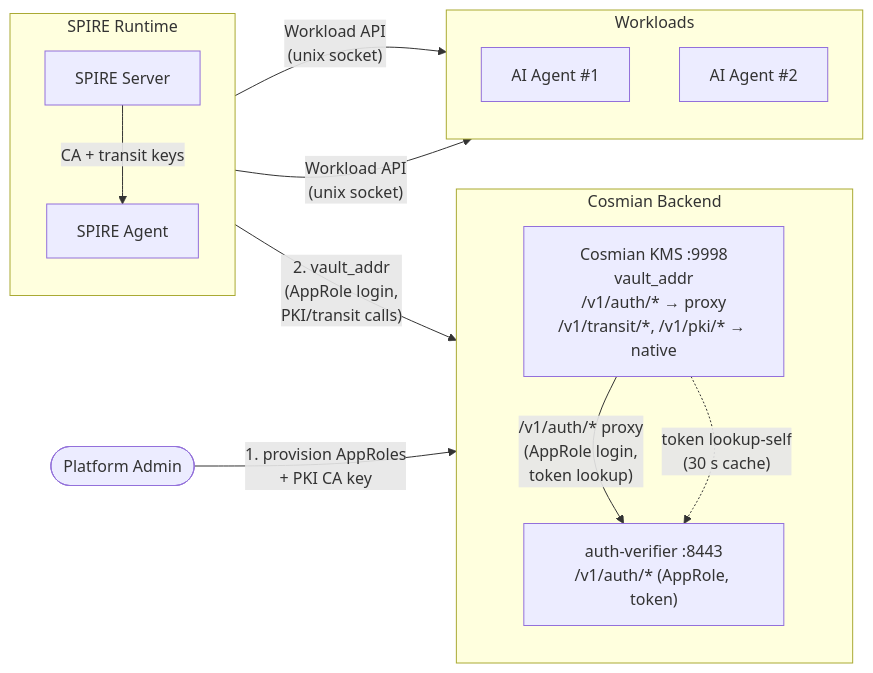
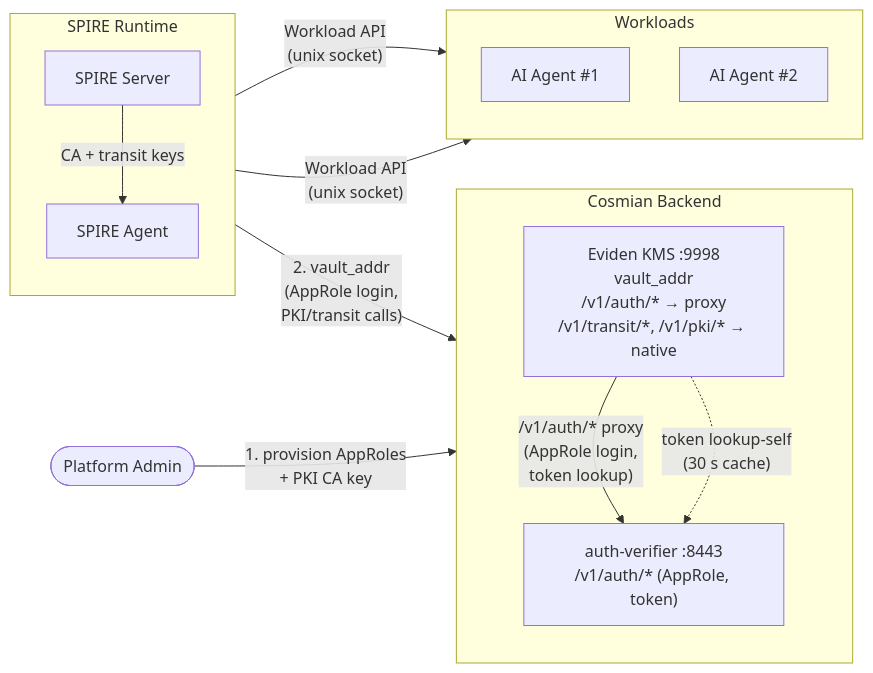
One commit to Cosmian/kms changed the second of 7 diagrams in documentation/docs/integrations/spire_spiffe.md. Above: the diagram before and after it, drawn with Mermaid. The commit also changed other lines of this file and 10 other files, not shown here.

````diff
--- a/documentation/docs/integrations/spire_spiffe.md
+++ b/documentation/docs/integrations/spire_spiffe.md
@@ -107,27 +107,27 @@
 ```mermaid
 flowchart LR
     subgraph Cosmian ["Cosmian Backend"]
         direction TB
-        KMS["Cosmian KMS :9998\nvault_addr\n/v1/auth/* → proxy\n/v1/transit/*, /v1/pki/* → native"]
+        KMS["Eviden KMS :9998\nvault_addr\n/v1/auth/* → proxy\n/v1/transit/*, /v1/pki/* → native"]
         AuthV["auth-verifier :8443\n/v1/auth/* (AppRole, token)"]
         KMS -- "/v1/auth/* proxy\n(AppRole login,\ntoken lookup)" --> AuthV
         KMS -. "token lookup-self\n(30 s cache)" .-> AuthV
     end
     subgraph SPIRE ["SPIRE Runtime"]
         direction TB
         SS[SPIRE Server]
         SA[SPIRE Agent]
         SS -- "CA + transit keys" --> SA
     end
     subgraph Workloads ["Workloads"]
         direction TB
         MA1[AI Agent #1]
         MA2[AI Agent #2]
     end
 
     Admin(["Platform Admin"])
     Admin -- "1. provision AppRoles\n+ PKI CA key" --> Cosmian
     SS -- "2. vault_addr\n(AppRole login,\nPKI/transit calls)" --> KMS
     SA -- "Workload API\n(unix socket)" --> MA1
     SA -- "Workload API\n(unix socket)" --> MA2
 ```
````
